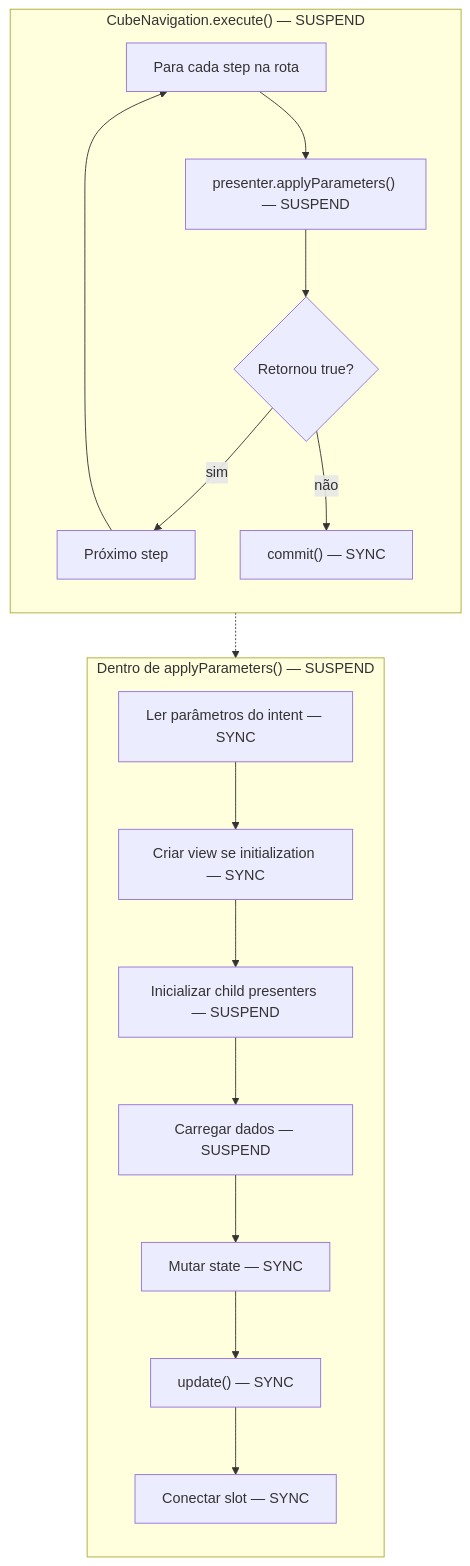
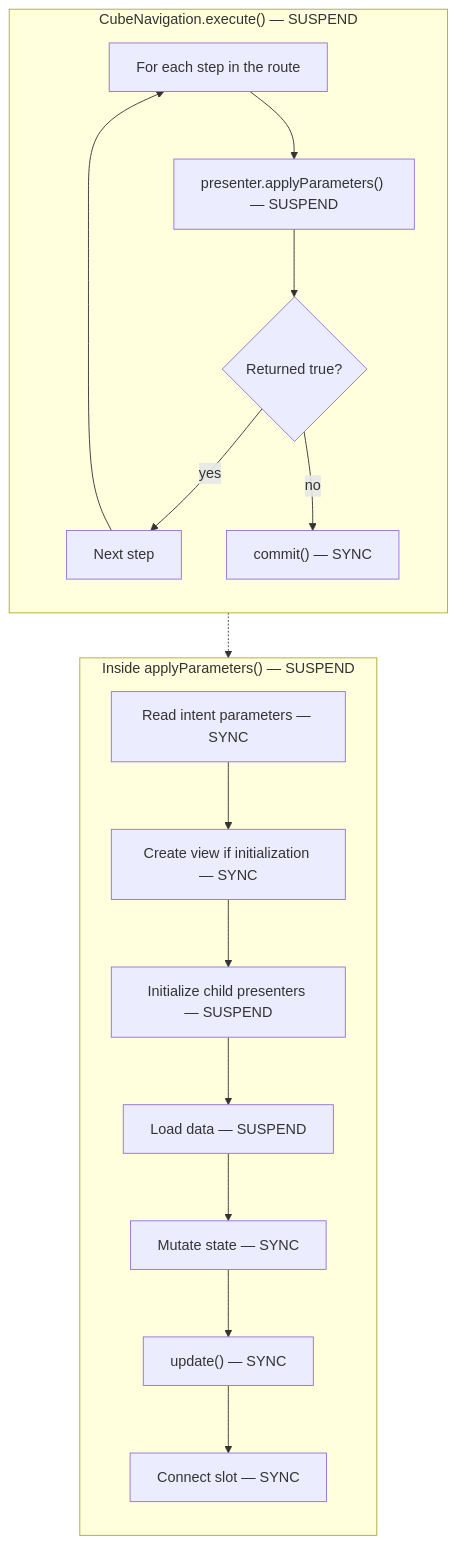
One commit to mrcdom/wdc-cube-kotlin changed diagram 14 of 19 in docs/architecture-cube.md. Above: the diagram before and after it, drawn with Mermaid. The commit also changed other lines of this file and 10 other files, not shown here.

First line of the commit message:
docs: architecture docs and top-level READMEs in US English

````diff
--- a/docs/architecture-cube.md
+++ b/docs/architecture-cube.md
@@ -723,30 +723,30 @@
 ```mermaid
 flowchart TD
     subgraph "CubeNavigation.execute() — SUSPEND"
         direction TB
-        E1["Para cada step na rota"]
+        E1["For each step in the route"]
         E2["presenter.applyParameters() — SUSPEND"]
-        E3{Retornou true?}
-        E4["Próximo step"]
+        E3{Returned true?}
+        E4["Next step"]
         E5["commit() — SYNC"]
 
         E1 --> E2 --> E3
-        E3 -->|sim| E4 --> E1
-        E3 -->|não| E5
+        E3 -->|yes| E4 --> E1
+        E3 -->|no| E5
     end
 
-    subgraph "Dentro de applyParameters() — SUSPEND"
+    subgraph "Inside applyParameters() — SUSPEND"
         direction TB
-        AP1["Ler parâmetros do intent — SYNC"]
-        AP2["Criar view se initialization — SYNC"]
-        AP3["Inicializar child presenters — SUSPEND"]
-        AP4["Carregar dados — SUSPEND"]
-        AP5["Mutar state — SYNC"]
+        AP1["Read intent parameters — SYNC"]
+        AP2["Create view if initialization — SYNC"]
+        AP3["Initialize child presenters — SUSPEND"]
+        AP4["Load data — SUSPEND"]
+        AP5["Mutate state — SYNC"]
         AP6["update() — SYNC"]
-        AP7["Conectar slot — SYNC"]
+        AP7["Connect slot — SYNC"]
 
         AP1 --> AP2 --> AP3 --> AP4 --> AP5 --> AP6 --> AP7
     end
 
     E2 -.-> AP1
 ```
````
